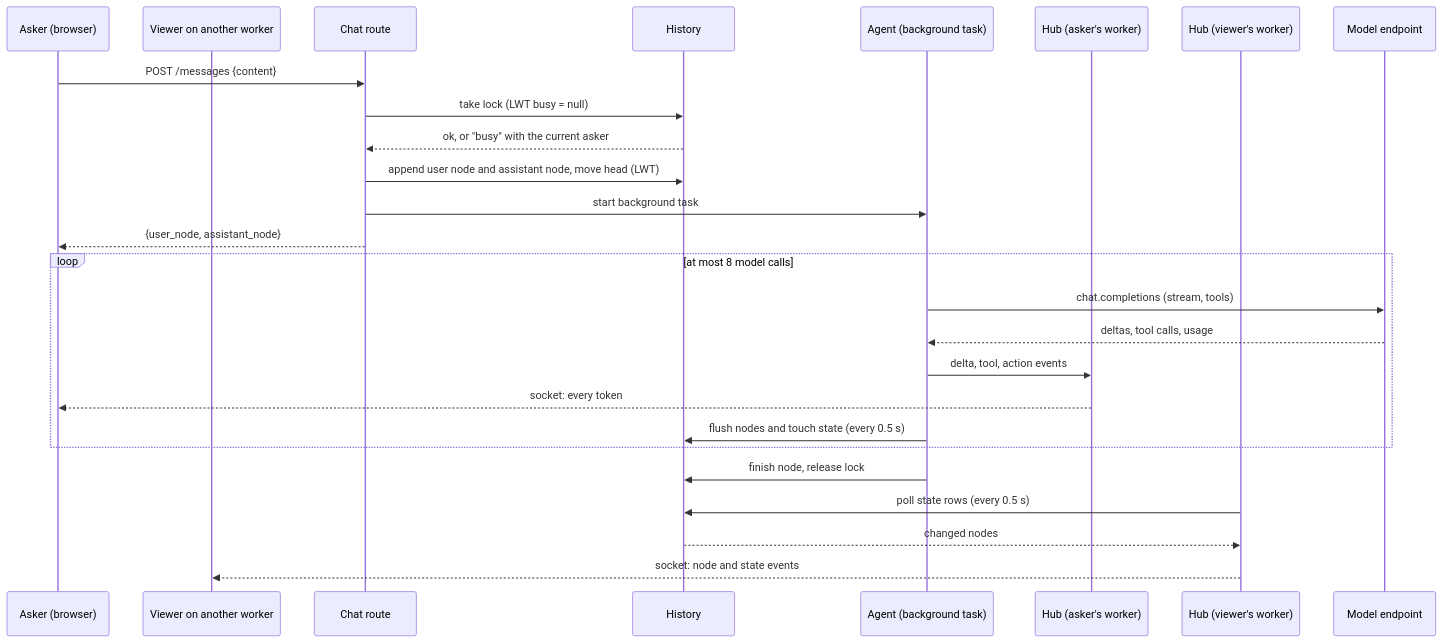
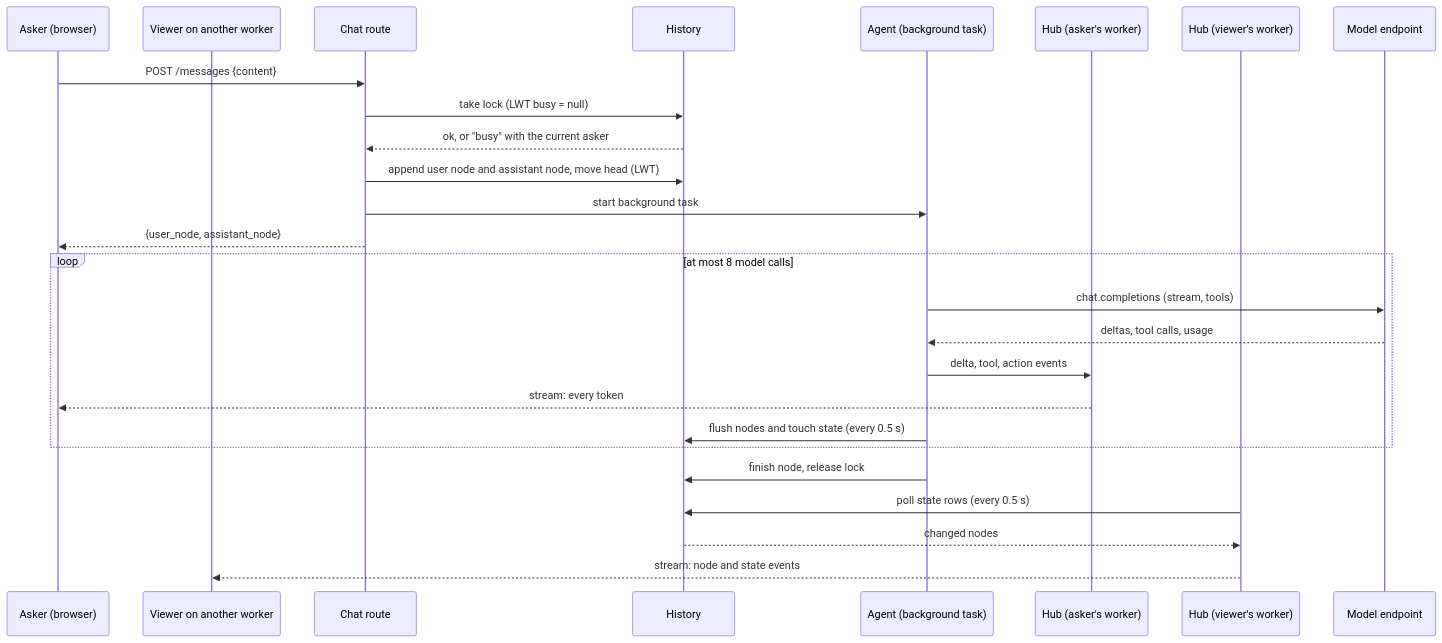
The first of 3 diagrams in tasks/QATOOLS-617/spec.md (scylladb/argus), drawn with Mermaid before and after one commit. The commit also changed other lines of this file and 1 other file, not shown here.

First line of the commit message:
docs(tasks): follow the chat over server-sent events

````diff
--- a/tasks/QATOOLS-617/spec.md
+++ b/tasks/QATOOLS-617/spec.md
@@ -66,28 +65,28 @@
 ```mermaid
 sequenceDiagram
     participant U as Asker (browser)
     participant V as Viewer on another worker
     participant R as Chat route
     participant H as History
     participant A as Agent (background task)
     participant B as Hub (asker's worker)
     participant W as Hub (viewer's worker)
     participant M as Model endpoint
     U->>R: POST /messages {content}
     R->>H: take lock (LWT busy = null)
     H-->>R: ok, or "busy" with the current asker
     R->>H: append user node and assistant node, move head (LWT)
     R->>A: start background task
     R-->>U: {user_node, assistant_node}
     loop at most 8 model calls
         A->>M: chat.completions (stream, tools)
         M-->>A: deltas, tool calls, usage
         A->>B: delta, tool, action events
-        B-->>U: socket: every token
+        B-->>U: stream: every token
         A->>H: flush nodes and touch state (every 0.5 s)
     end
     A->>H: finish node, release lock
     W->>H: poll state rows (every 0.5 s)
     H-->>W: changed nodes
-    W-->>V: socket: node and state events
+    W-->>V: stream: node and state events
 ```
````
